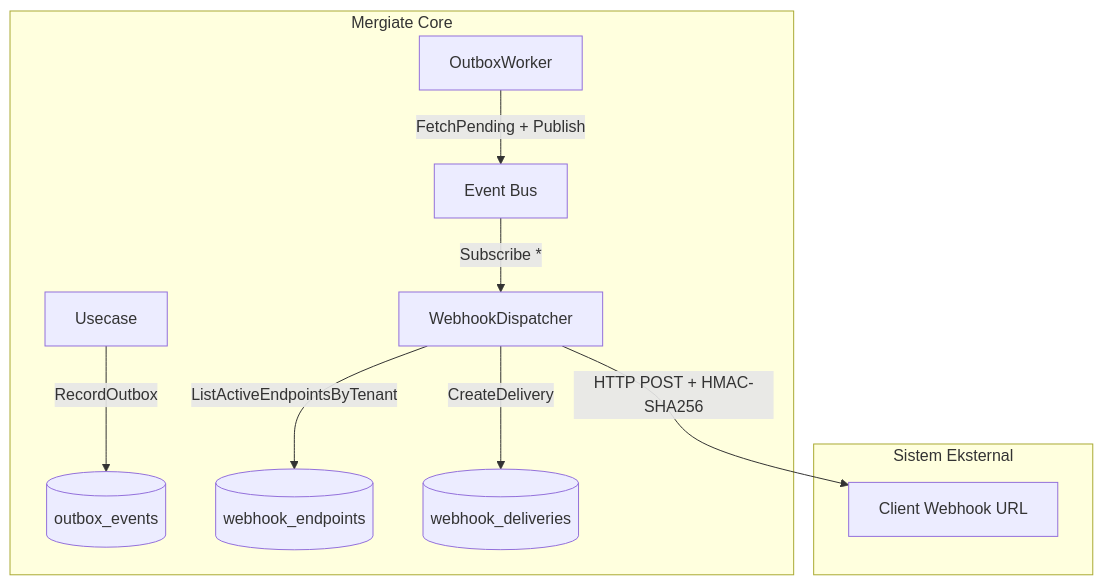
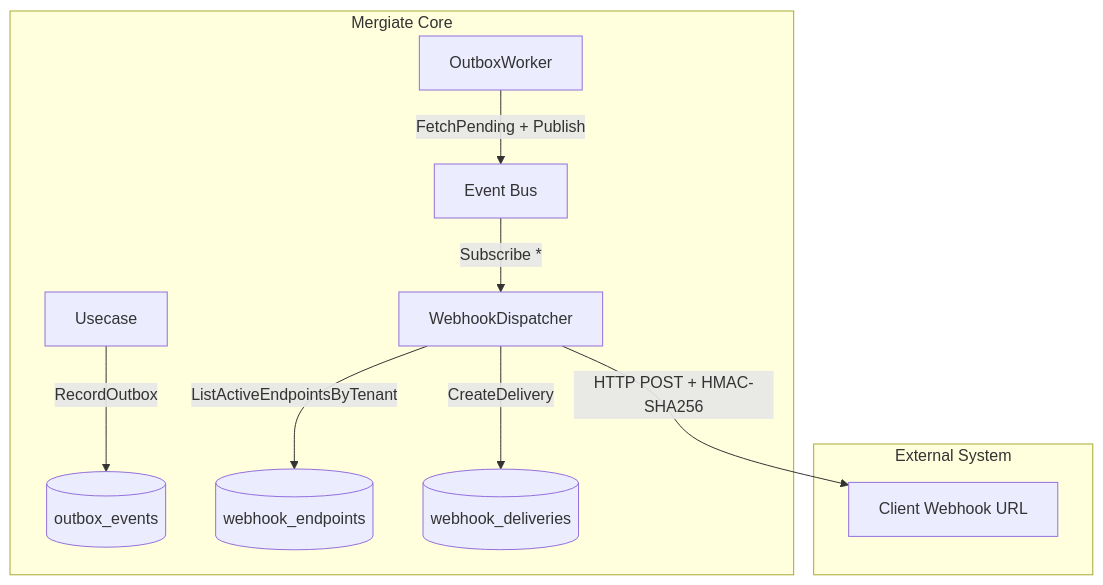
Before and after one commit to akordium-id/mergiate-core: the diagram in docs/webhooks.md, drawn with Mermaid. The commit also changed other lines of this file and 2 other files, not shown here.

````diff
--- a/docs/webhooks.md
+++ b/docs/webhooks.md
@@ -25,14 +25,14 @@
 ```mermaid
 graph TD
     subgraph "Mergiate Core"
         UC[Usecase] -->|RecordOutbox| OB[(outbox_events)]
         OW[OutboxWorker] -->|FetchPending + Publish| EB[Event Bus]
         EB -->|Subscribe *| WD[WebhookDispatcher]
         WD -->|ListActiveEndpointsByTenant| WE[(webhook_endpoints)]
         WD -->|CreateDelivery| WD2[(webhook_deliveries)]
     end
 
-    subgraph "Sistem Eksternal"
+    subgraph "External System"
         WD -->|HTTP POST + HMAC-SHA256| SYS[Client Webhook URL]
     end
 ```
````
